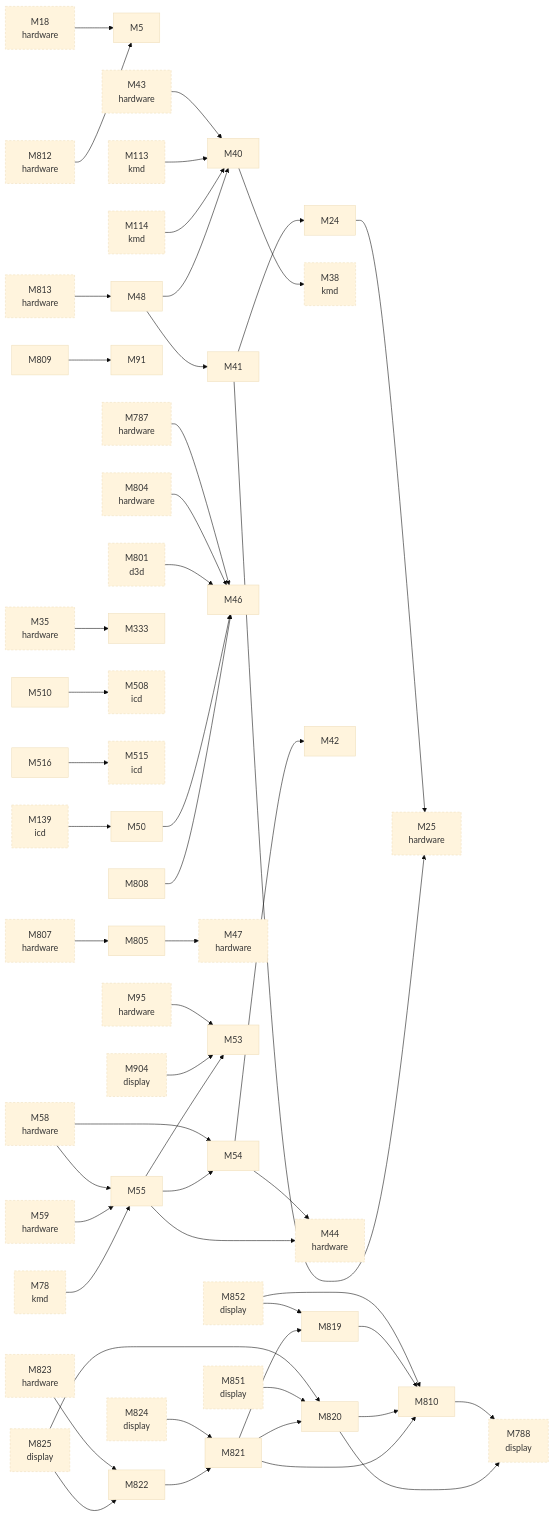
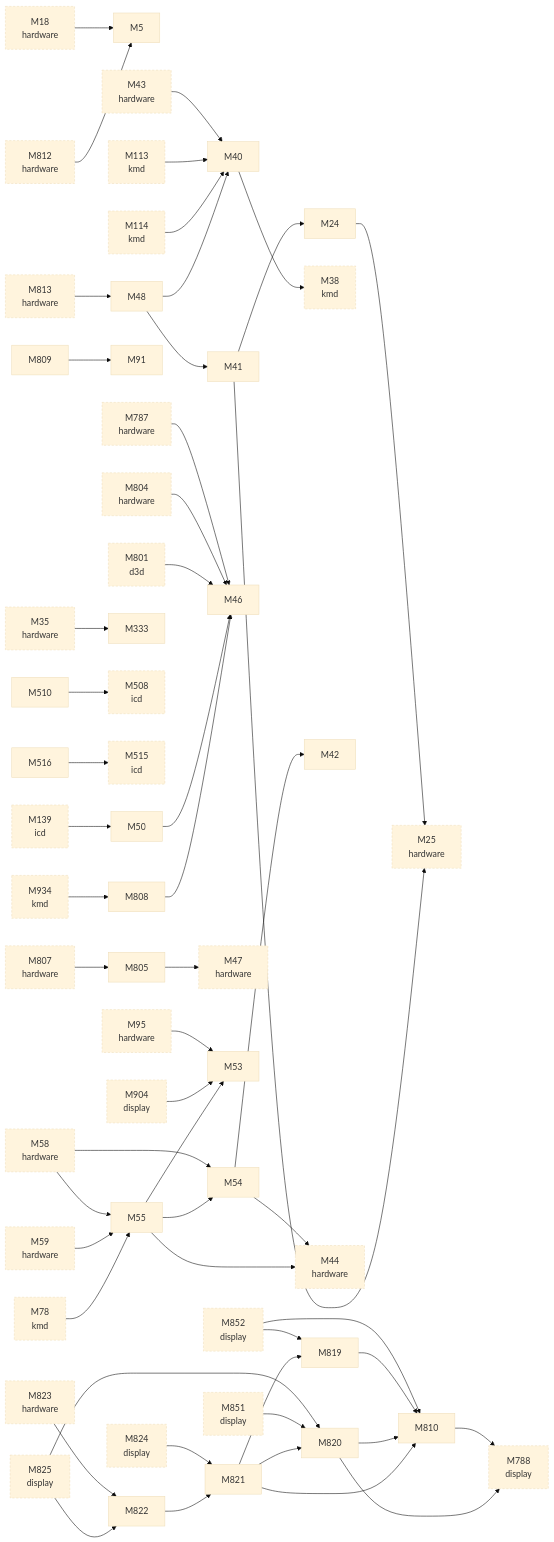
One commit to D-Ogi/amdgpu-wddm changed the second of 2 diagrams in docs/facts/graphs/linux.md. Above: the diagram before and after it, drawn with Mermaid (base theme). The commit also changed 25 other files, not shown here.

````diff
--- a/docs/facts/graphs/linux.md
+++ b/docs/facts/graphs/linux.md
@@ -96,6 +96,7 @@
   M851["M851<br/>display"]
   M852["M852<br/>display"]
   M904["M904<br/>display"]
+  M934["M934<br/>kmd"]
   M18 --> M5
   M35 --> M333
   M43 --> M40
@@ -112,6 +113,7 @@
   M78 --> M55
   M113 --> M40
   M114 --> M40
+  M934 --> M808
   M824 --> M821
   M825 --> M820
   M825 --> M822
@@ -147,5 +149,5 @@
   M821 --> M820
   M822 --> M821
   classDef other stroke-dasharray:4 3
-  class M18,M25,M35,M38,M43,M44,M47,M58,M59,M78,M95,M113,M114,M139,M508,M515,M787,M788,M801,M804,M807,M812,M813,M823,M824,M825,M851,M852,M904 other
+  class M18,M25,M35,M38,M43,M44,M47,M58,M59,M78,M95,M113,M114,M139,M508,M515,M787,M788,M801,M804,M807,M812,M813,M823,M824,M825,M851,M852,M904,M934 other
 ```
````
